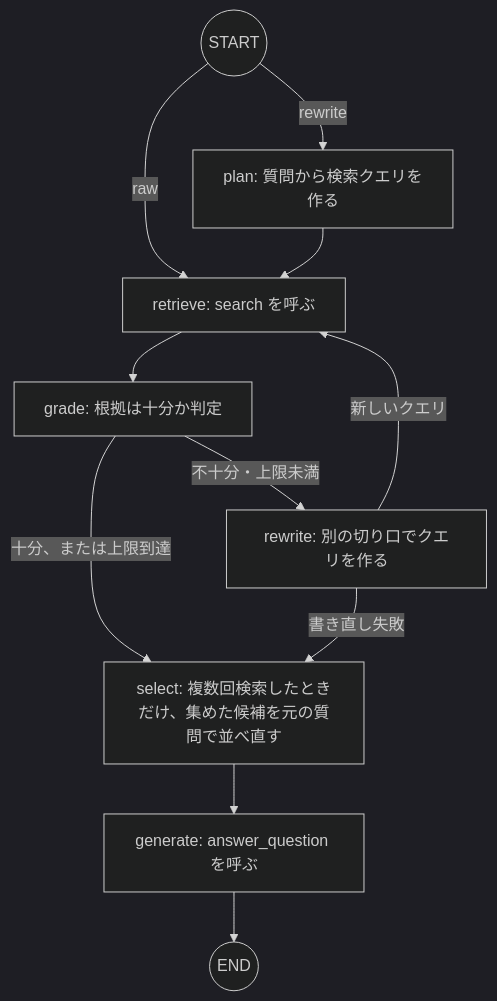
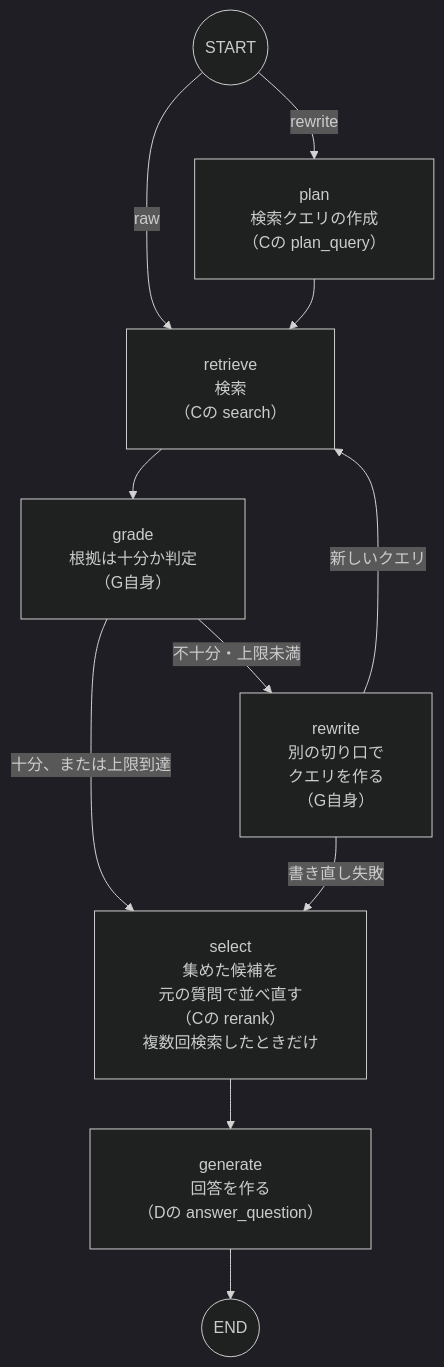
Before and after one commit to satoshi-abe-dev/silo-rag: the third of 3 diagrams in README_ja.md, drawn with Mermaid (dark theme). The commit also changed other lines of this file and 2 other files, not shown here.

Commit message:
Fix clipped labels in the agent flow diagram and guard against it
Mermaid cannot wrap Japanese text that has no spaces, so any label line wider
than about 200px is cut at the node edge on GitHub (select, rewrite, generate
and plan were). Break every label into short lines, give each diagram an init
directive with more padding and a wider wrapping width, and add a test that
fails when a node label line is wider than 12 full-width characters.

Also show which node each step belongs to in the agent flow: steps that call
C or D functions say so, and a note says G is a separate node that calls C
and D, not a node that contains them.

````diff
--- a/README_ja.md
+++ b/README_ja.md
@@ -232,13 +234,14 @@
 ```mermaid
+%%{init: {"flowchart": {"padding": 24, "wrappingWidth": 400}}}%%
 graph TD
-    S((START)) -->|raw| R[retrieve: search を呼ぶ]
-    S -->|rewrite| P[plan: 質問から検索クエリを作る]
+    S((START)) -->|raw| R["retrieve<br/>検索<br/>（Cの search）"]
+    S -->|rewrite| P["plan<br/>検索クエリの作成<br/>（Cの plan_query）"]
     P --> R
-    R --> J[grade: 根拠は十分か判定]
-    J -->|十分、または上限到達| SEL[select: 複数回検索したときだけ、集めた候補を元の質問で並べ直す]
-    J -->|不十分・上限未満| W[rewrite: 別の切り口でクエリを作る]
+    R --> J["grade<br/>根拠は十分か判定<br/>（G自身）"]
+    J -->|十分、または上限到達| SEL["select<br/>集めた候補を<br/>元の質問で並べ直す<br/>（Cの rerank）<br/>複数回検索したときだけ"]
+    J -->|不十分・上限未満| W["rewrite<br/>別の切り口で<br/>クエリを作る<br/>（G自身）"]
     W -->|新しいクエリ| R
     W -->|書き直し失敗| SEL
-    SEL --> G[generate: answer_question を呼ぶ]
+    SEL --> G["generate<br/>回答を作る<br/>（Dの answer_question）"]
     G --> X((END))
 ```
````
